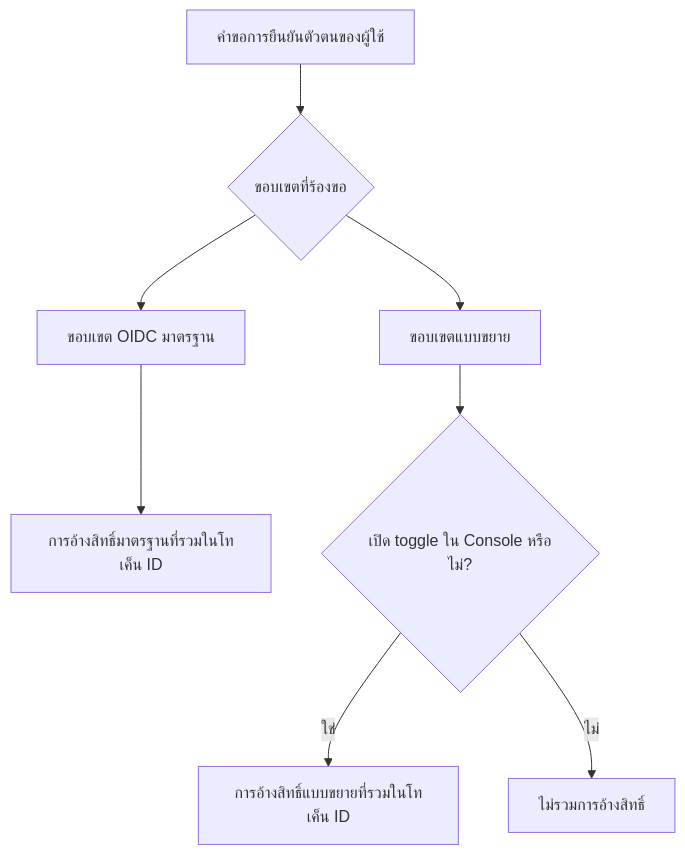
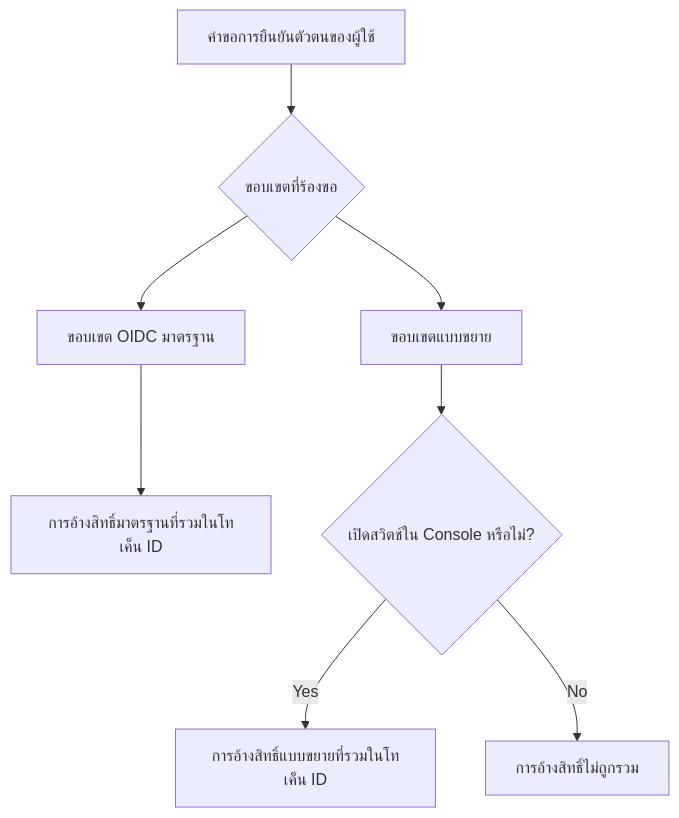
The diagram in i18n/th/docusaurus-plugin-content-docs/current/developers/custom-id-token/README.mdx (logto-io/docs), drawn with Mermaid before and after one commit. The commit also changed other lines of this file and 161 other files, not shown here.

````diff
--- a/i18n/th/docusaurus-plugin-content-docs/current/developers/custom-id-token/README.mdx
+++ b/i18n/th/docusaurus-plugin-content-docs/current/developers/custom-id-token/README.mdx
@@ -20,10 +20,10 @@
 ```mermaid
 flowchart TD
     A[คำขอการยืนยันตัวตนของผู้ใช้] --> B{ขอบเขตที่ร้องขอ}
     B --> C[ขอบเขต OIDC มาตรฐาน]
     B --> D[ขอบเขตแบบขยาย]
     C --> E[การอ้างสิทธิ์มาตรฐานที่รวมในโทเค็น ID]
-    D --> F{เปิด toggle ใน Console หรือไม่?}
-    F -->|ใช่| G[การอ้างสิทธิ์แบบขยายที่รวมในโทเค็น ID]
-    F -->|ไม่| H[ไม่รวมการอ้างสิทธิ์]
+    D --> F{เปิดสวิตช์ใน Console หรือไม่?}
+    F -->|Yes| G[การอ้างสิทธิ์แบบขยายที่รวมในโทเค็น ID]
+    F -->|No| H[การอ้างสิทธิ์ไม่ถูกรวม]
 ```
````
